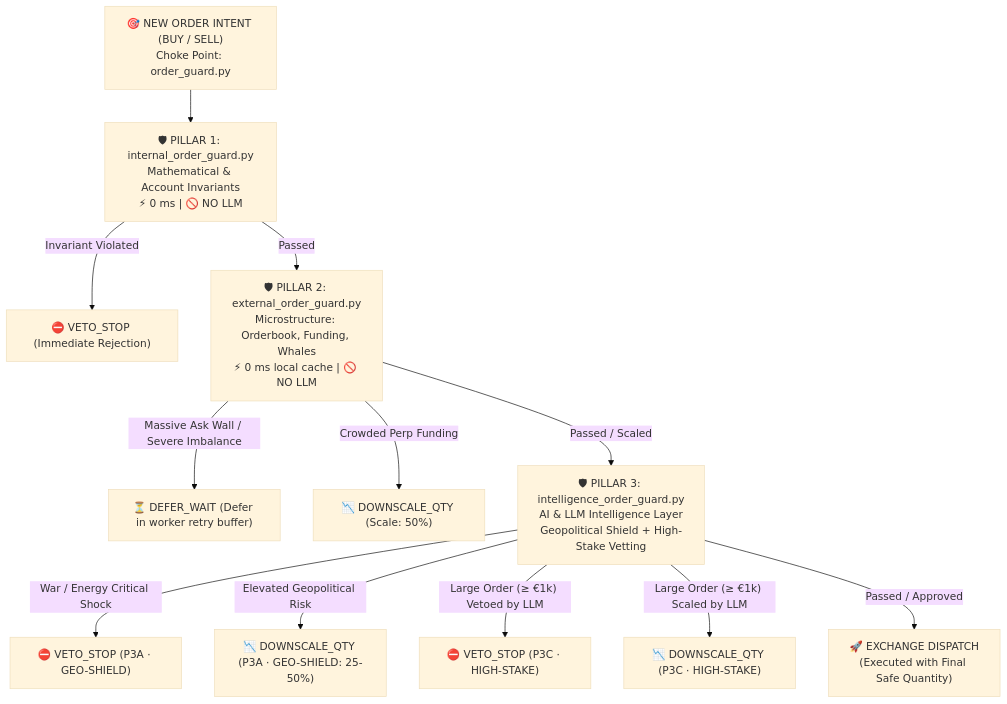
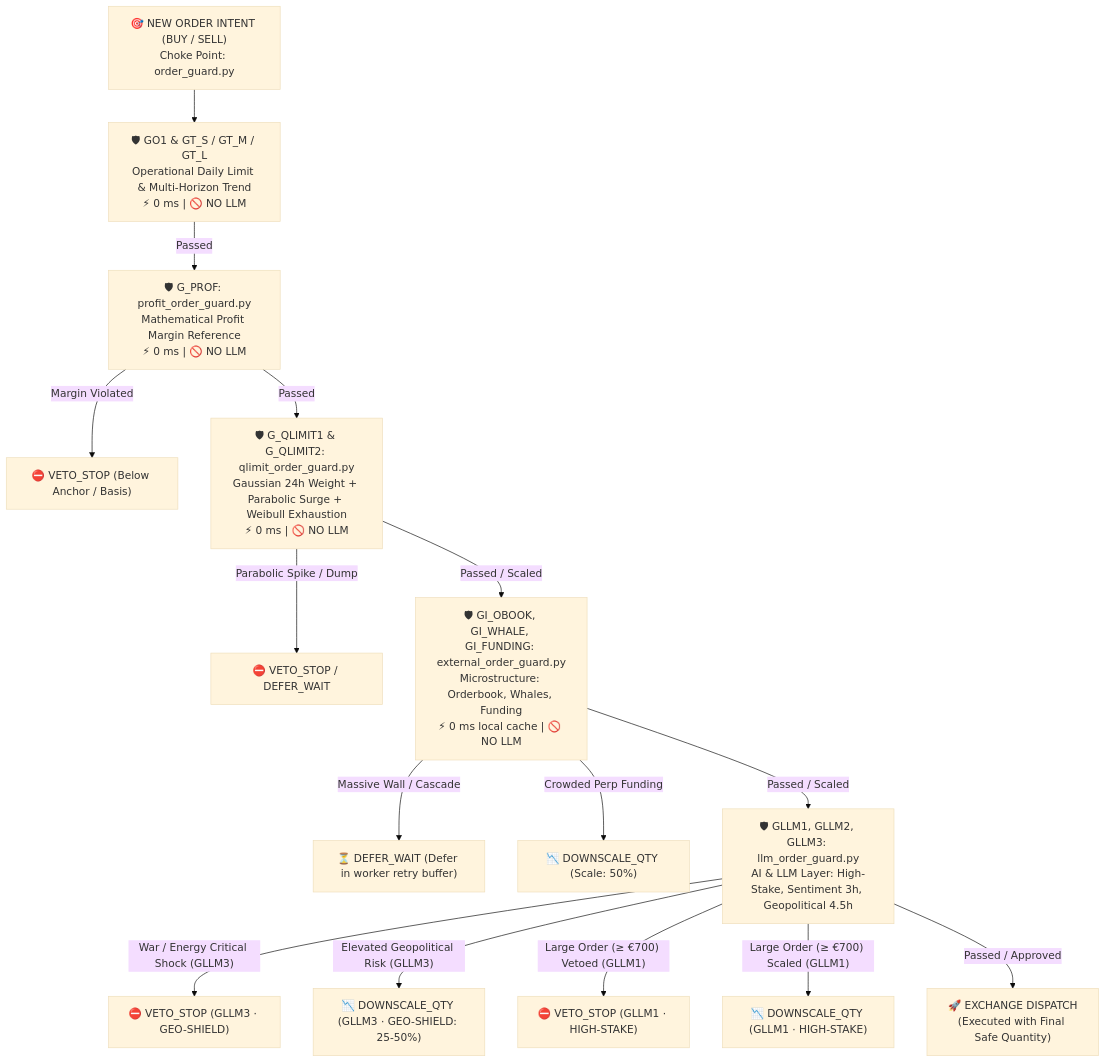
Before and after one commit to mpredut/mptrade: the first of 2 diagrams in docs/GUARDS_AND_BRAKES_ARCHITECTURE.md, drawn with Mermaid (base theme). The commit also changed other lines of this file and 27 other files, not shown here.

Commit message:
refactor(guards): unify 6-category guard hierarchy, calibrate Weibull vs Gaussian, and restore monitororder behavior

````diff
--- a/docs/GUARDS_AND_BRAKES_ARCHITECTURE.md
+++ b/docs/GUARDS_AND_BRAKES_ARCHITECTURE.md
@@ -15,17 +15,21 @@
 ```mermaid
 flowchart TD
-    Order["🎯 NEW ORDER INTENT (BUY / SELL)\nChoke Point: order_guard.py"] --> P1["🛡 PILLAR 1: internal_order_guard.py\nMathematical & Account Invariants\n⚡ 0 ms | 🚫 NO LLM"]
+    Order["🎯 NEW ORDER INTENT (BUY / SELL)\nChoke Point: order_guard.py"] --> GO["🛡 GO1 & GT_S / GT_M / GT_L\nOperational Daily Limit & Multi-Horizon Trend\n⚡ 0 ms | 🚫 NO LLM"]
     
-    P1 -- Invariant Violated --> VetoP1["⛔ VETO_STOP (Immediate Rejection)"]
-    P1 -- Passed --> P2["🛡 PILLAR 2: external_order_guard.py\nMicrostructure: Orderbook, Funding, Whales\n⚡ 0 ms local cache | 🚫 NO LLM"]
+    GO -- Passed --> GPROF["🛡 G_PROF: profit_order_guard.py\nMathematical Profit Margin Reference\n⚡ 0 ms | 🚫 NO LLM"]
+    GPROF -- Margin Violated --> VetoProf["⛔ VETO_STOP (Below Anchor / Basis)"]
+    GPROF -- Passed --> P1["🛡 G_QLIMIT1 & G_QLIMIT2: qlimit_order_guard.py\nGaussian 24h Weight + Parabolic Surge + Weibull Exhaustion\n⚡ 0 ms | 🚫 NO LLM"]
     
-    P2 -- Massive Ask Wall / Severe Imbalance --> DeferP2["⏳ DEFER_WAIT (Defer in worker retry buffer)"]
+    P1 -- Parabolic Spike / Dump --> VetoP1["⛔ VETO_STOP / DEFER_WAIT"]
+    P1 -- Passed / Scaled --> P2["🛡 GI_OBOOK, GI_WHALE, GI_FUNDING: external_order_guard.py\nMicrostructure: Orderbook, Whales, Funding\n⚡ 0 ms local cache | 🚫 NO LLM"]
+    
+    P2 -- Massive Wall / Cascade --> DeferP2["⏳ DEFER_WAIT (Defer in worker retry buffer)"]
     P2 -- Crowded Perp Funding --> ScaleP2["📉 DOWNSCALE_QTY (Scale: 50%)"]
-    P2 -- Passed / Scaled --> P3["🛡 PILLAR 3: intelligence_order_guard.py\nAI & LLM Intelligence Layer\nGeopolitical Shield + High-Stake Vetting"]
+    P2 -- Passed / Scaled --> P3["🛡 GLLM1, GLLM2, GLLM3: llm_order_guard.py\nAI & LLM Layer: High-Stake, Sentiment 3h, Geopolitical 4.5h"]
     
-    P3 -- War / Energy Critical Shock --> VetoGeo["⛔ VETO_STOP (P3A · GEO-SHIELD)"]
-    P3 -- Elevated Geopolitical Risk --> ScaleGeo["📉 DOWNSCALE_QTY (P3A · GEO-SHIELD: 25-50%)"]
-    P3 -- Large Order (≥ €1k) Vetoed by LLM --> VetoStake["⛔ VETO_STOP (P3C · HIGH-STAKE)"]
-    P3 -- Large Order (≥ €1k) Scaled by LLM --> ScaleStake["📉 DOWNSCALE_QTY (P3C · HIGH-STAKE)"]
+    P3 -- War / Energy Critical Shock (GLLM3) --> VetoGeo["⛔ VETO_STOP (GLLM3 · GEO-SHIELD)"]
+    P3 -- Elevated Geopolitical Risk (GLLM3) --> ScaleGeo["📉 DOWNSCALE_QTY (GLLM3 · GEO-SHIELD: 25-50%)"]
+    P3 -- Large Order (≥ €700) Vetoed (GLLM1) --> VetoStake["⛔ VETO_STOP (GLLM1 · HIGH-STAKE)"]
+    P3 -- Large Order (≥ €700) Scaled (GLLM1) --> ScaleStake["📉 DOWNSCALE_QTY (GLLM1 · HIGH-STAKE)"]
     P3 -- Passed / Approved --> Exec["🚀 EXCHANGE DISPATCH\n(Executed with Final Safe Quantity)"]
 ```
````
